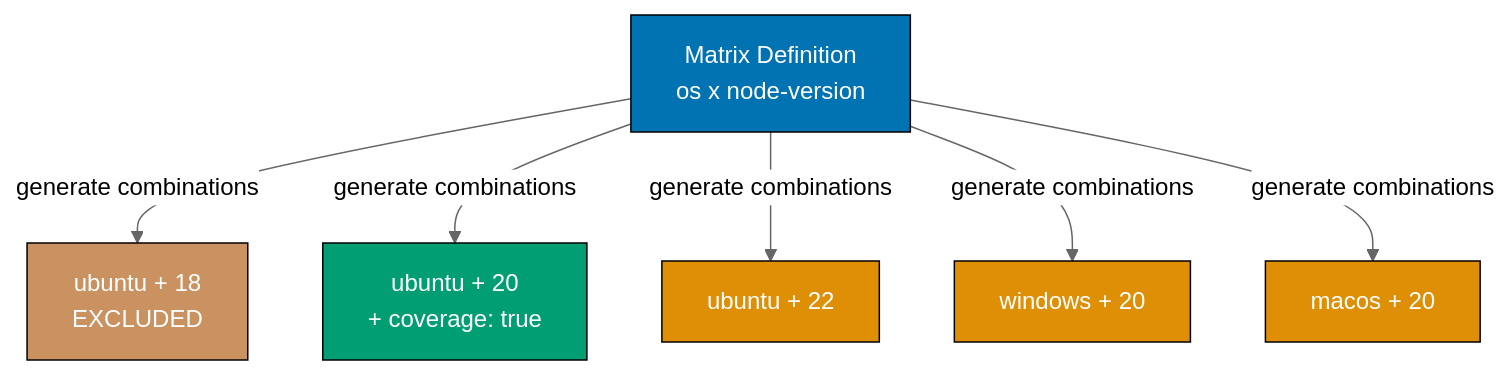
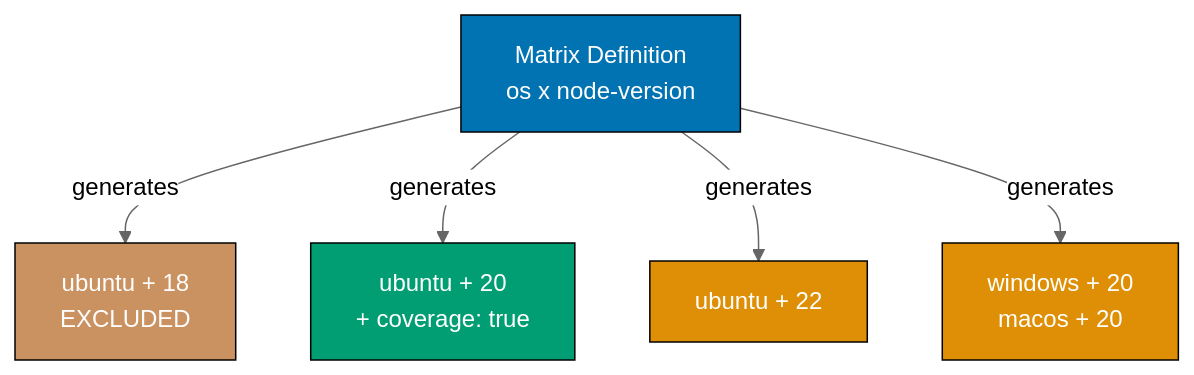
One commit to wahidyankf/open-sharia-enterprise changed the second of 7 diagrams in apps/ayokoding-web/content/en/learn/software-engineering/automation-tools/github-actions/by-example/advanced.md. Above: the diagram before and after it, drawn with Mermaid (neutral theme). The commit also changed 16 other files, not shown here.

First line of the commit message:
fix(content): fix 46 pre-existing Mermaid violations in tutorial files

````diff
--- a/apps/ayokoding-web/content/en/learn/software-engineering/automation-tools/github-actions/by-example/advanced.md
+++ b/apps/ayokoding-web/content/en/learn/software-engineering/automation-tools/github-actions/by-example/advanced.md
@@ -422,23 +422,20 @@
 ```mermaid
 %% Color Palette: Blue #0173B2, Orange #DE8F05, Teal #029E73, Purple #CC78BC, Brown #CA9161
 graph TD
     A["Matrix Definition<br/>os x node-version"]
     B["ubuntu + 18<br/>EXCLUDED"]
     C["ubuntu + 20<br/>+ coverage: true"]
     D["ubuntu + 22"]
-    E["windows + 20"]
-    F["macos + 20"]
+    E["windows + 20<br/>macos + 20"]
 
-    A -->|generate combinations| B
-    A -->|generate combinations| C
-    A -->|generate combinations| D
-    A -->|generate combinations| E
-    A -->|generate combinations| F
+    A -- generates --> B
+    A -- generates --> C
+    A -- generates --> D
+    A -- generates --> E
 
     style A fill:#0173B2,stroke:#000,color:#fff
     style B fill:#CA9161,stroke:#000,color:#fff
     style C fill:#029E73,stroke:#000,color:#fff
     style D fill:#DE8F05,stroke:#000,color:#fff
     style E fill:#DE8F05,stroke:#000,color:#fff
-    style F fill:#DE8F05,stroke:#000,color:#fff
 ```
````
